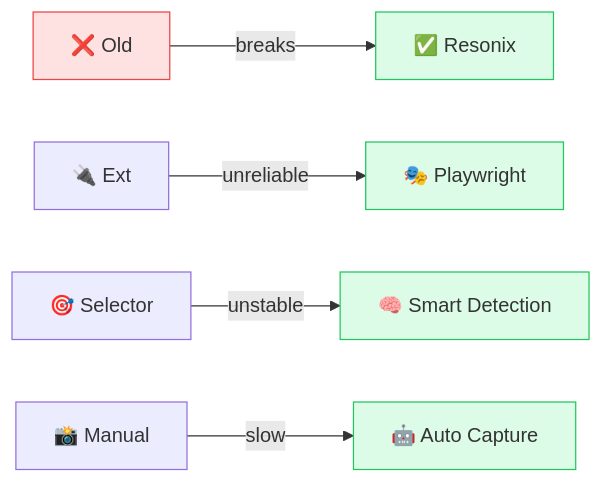
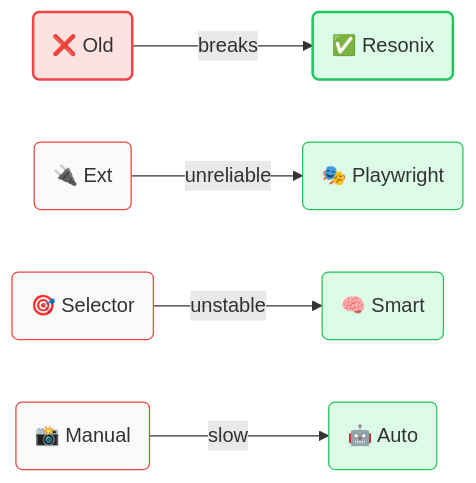
The third of 5 diagrams in README.md (mangiapanejohn-dev/Resonix-AG), drawn with Mermaid before and after one commit. The commit also changed other lines of this file, not shown here.

First line of the commit message:
docs: optimize diagram colors - purple pink white theme

````diff
--- a/README.md
+++ b/README.md
@@ -92,13 +100,16 @@
 ```mermaid
 flowchart LR
-    OLD[❌ Old] -->|breaks| NEW[✅ Resonix]
-    EXT[🔌 Ext] -->|unreliable| PW[🎭 Playwright]
-    SEL[🎯 Selector] -->|unstable| SMART[🧠 Smart Detection]
-    SS[📸 Manual] -->|slow| AUTO[🤖 Auto Capture]
+    OLD("❌ Old") -->|breaks| NEW("✅ Resonix")
+    EXT("🔌 Ext") -->|unreliable| PW("🎭 Playwright")
+    SEL("🎯 Selector") -->|unstable| SMART("🧠 Smart")
+    SS("📸 Manual") -->|slow| AUTO("🤖 Auto")
 
-    style OLD fill:#fee2e2,stroke:#ef4444
-    style NEW fill:#dcfce7,stroke:#22c55e
+    style OLD fill:#fee2e2,stroke:#ef4444,stroke-width:2
+    style NEW fill:#dcfce7,stroke:#22c55e,stroke-width:2
+    style EXT fill:#fafafa,stroke:#ef4444
     style PW fill:#dcfce7,stroke:#22c55e
+    style SEL fill:#fafafa,stroke:#ef4444
     style SMART fill:#dcfce7,stroke:#22c55e
+    style SS fill:#fafafa,stroke:#ef4444
     style AUTO fill:#dcfce7,stroke:#22c55e
 ```
````
